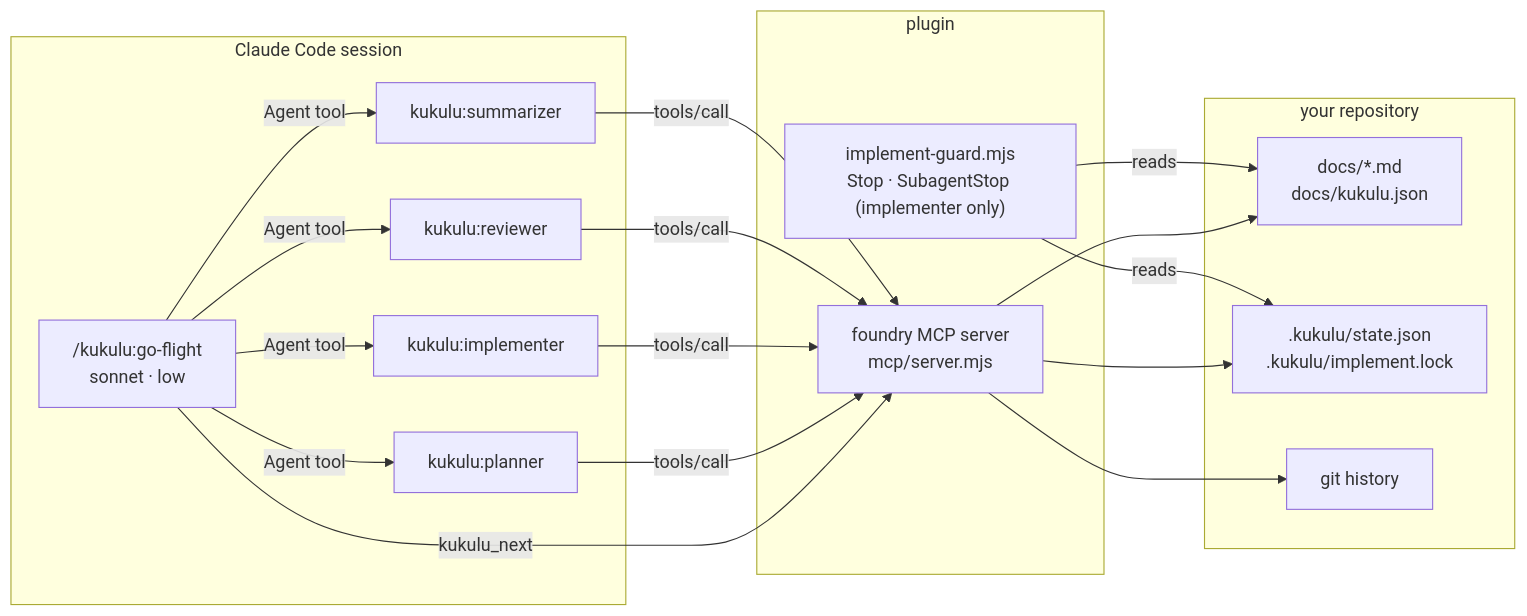
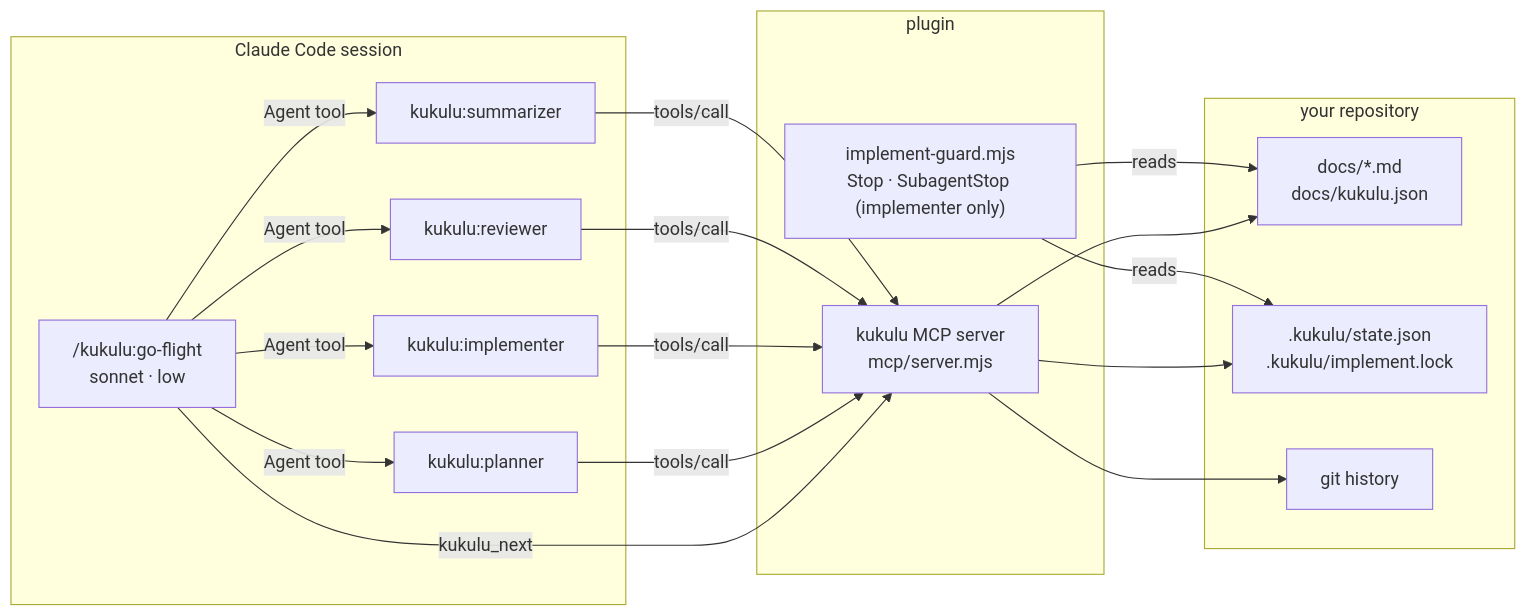
One commit to DisplaceTech/kukulu changed the first of 4 diagrams in docs/architecture.md. Above: the diagram before and after it, drawn with Mermaid. The commit also changed other lines of this file and 11 other files, not shown here.

````diff
--- a/docs/architecture.md
+++ b/docs/architecture.md
@@ -12,30 +12,30 @@
 ```mermaid
 flowchart LR
     subgraph CC["Claude Code session"]
         GF["/kukulu:go-flight<br/>sonnet · low"]
         A1["kukulu:planner"]
         A2["kukulu:implementer"]
         A3["kukulu:reviewer"]
         A4["kukulu:summarizer"]
     end
 
     subgraph PL["plugin"]
-        MCP["foundry MCP server<br/>mcp/server.mjs"]
+        MCP["kukulu MCP server<br/>mcp/server.mjs"]
         HOOK["implement-guard.mjs<br/>Stop · SubagentStop (implementer only)"]
     end
 
     subgraph REPO["your repository"]
         DOCS["docs/*.md<br/>docs/kukulu.json"]
         STATE[".kukulu/state.json<br/>.kukulu/implement.lock"]
         GIT["git history"]
     end
 
     GF -->|"Agent tool"| A1 & A2 & A3 & A4
     GF -->|"kukulu_next"| MCP
     A1 & A2 & A3 & A4 -->|"tools/call"| MCP
     MCP --> DOCS
     MCP --> STATE
     MCP --> GIT
     HOOK -->|"reads"| STATE
     HOOK -->|"reads"| DOCS
 ```
````
